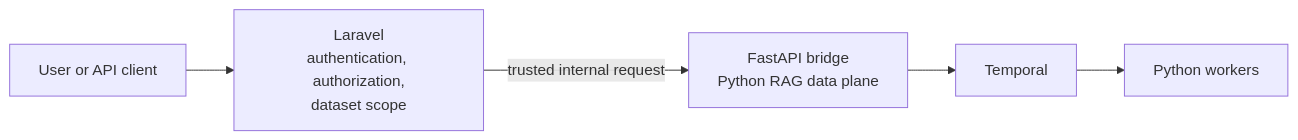
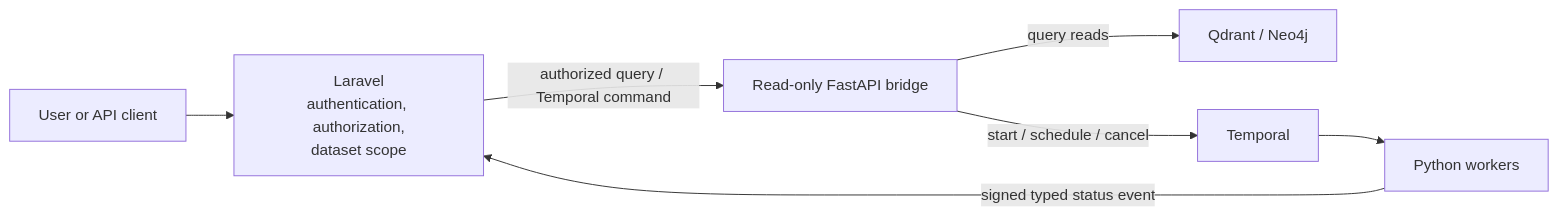
One commit to hawk-digital-environments/HAWKI-RAG changed the first of 3 diagrams in _documentation/Getting Started/3_introduction_architecture.md. Above: the diagram before and after it, drawn with Mermaid. The commit also changed other lines of this file and 9 other files, not shown here.

````diff
--- a/_documentation/Getting Started/3_introduction_architecture.md
+++ b/_documentation/Getting Started/3_introduction_architecture.md
@@ -52,7 +60,9 @@
 ```mermaid
 flowchart LR
     User["User or API client"] --> Laravel["Laravel<br/>authentication, authorization,<br/>dataset scope"]
-    Laravel -->|"trusted internal request"| FastAPI["FastAPI bridge<br/>Python RAG data plane"]
-    FastAPI --> Temporal["Temporal"]
+    Laravel -->|"authorized query / Temporal command"| FastAPI["Read-only FastAPI bridge"]
+    FastAPI -->|"query reads"| Stores["Qdrant / Neo4j"]
+    FastAPI -->|"start / schedule / cancel"| Temporal["Temporal"]
     Temporal --> Workers["Python workers"]
+    Workers -->|"signed typed status event"| Laravel
 ```
````
